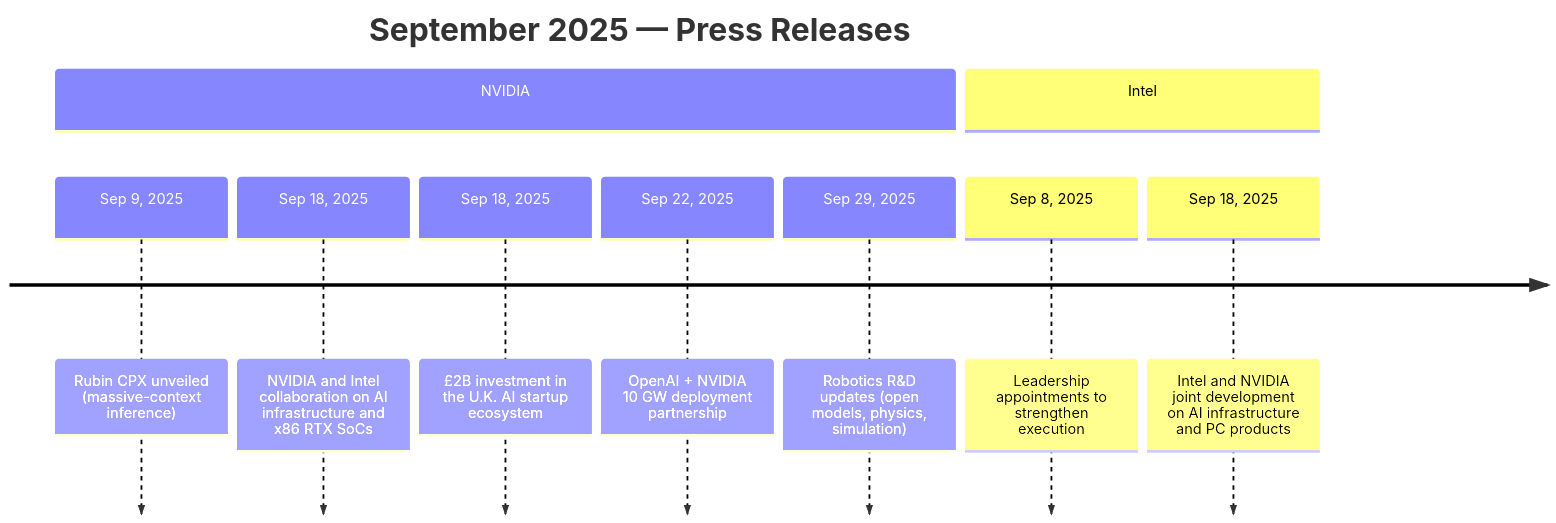
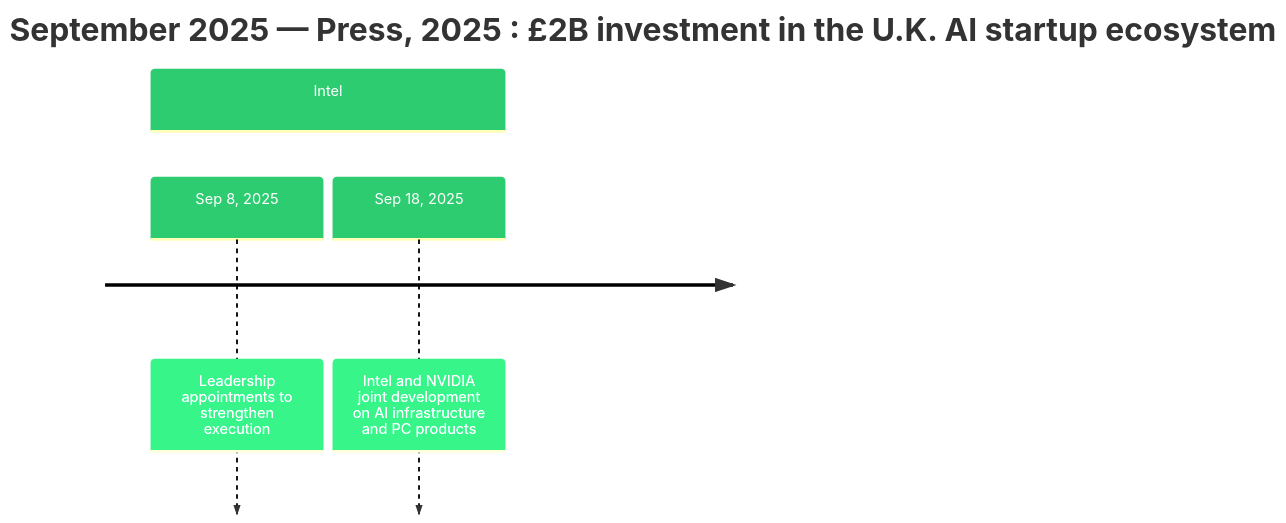
Before and after one commit to DEDW2701/Files: the diagram in README.md, drawn with Mermaid.

Commit message:
chore: update README with timeline theme and remove NVIDIA press releases

````diff
--- a/README.md
+++ b/README.md
@@ -12,13 +12,10 @@
 ```mermaid
+%%{init: { 'theme': 'default', 'timeline': { 'disableMulticolor': false }, 'themeVariables': { 'cScale0': '#2ecc71', 'cScaleLabel0': '#ffffff', 'cScale1': '#3498db', 'cScaleLabel1': '#ffffff' }}}%%
 timeline
-    title September 2025 — Press Releases
-    section NVIDIA
-      Sep 9, 2025 : Rubin CPX unveiled (massive-context inference)
-      Sep 18, 2025 : NVIDIA and Intel collaboration on AI infrastructure and x86 RTX SoCs
-      Sep 18, 2025 : £2B investment in the U.K. AI startup ecosystem
+    title September 2025 — Press, 2025 : £2B investment in the U.K. AI startup ecosystem
       Sep 22, 2025 : OpenAI + NVIDIA 10 GW deployment partnership
       Sep 29, 2025 : Robotics R&D updates (open models, physics, simulation)
     section Intel
       Sep 8, 2025 : Leadership appointments to strengthen execution
       Sep 18, 2025 : Intel and NVIDIA joint development on AI infrastructure and PC products
 ```
````
